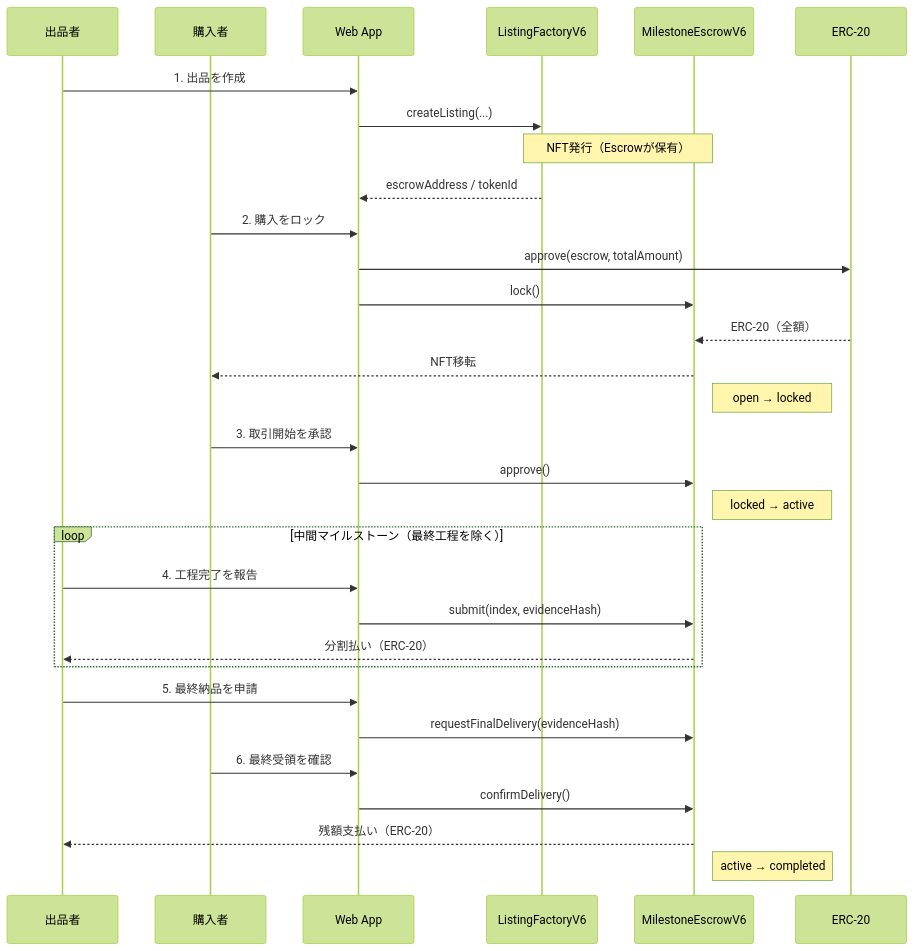
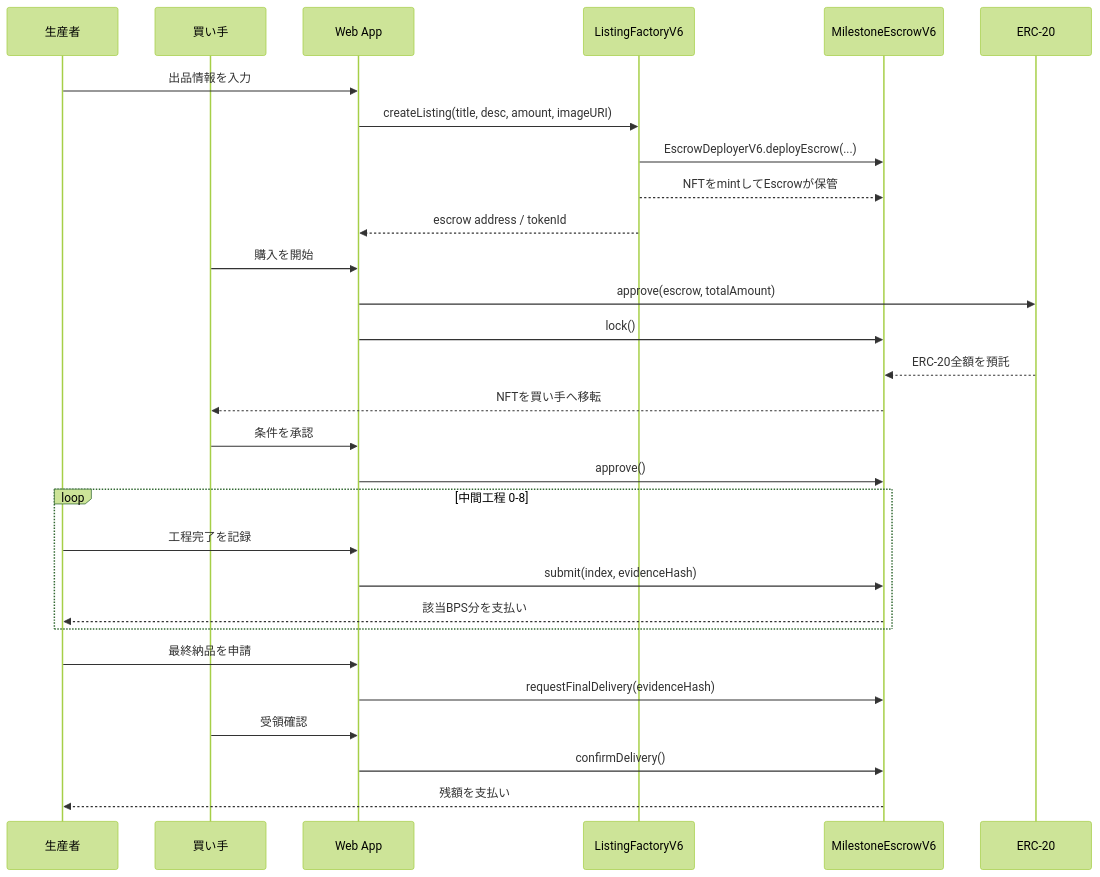
Before and after one commit to usagi917/PalPay: the second of 4 diagrams in README.md, drawn with Mermaid (forest theme). The commit also changed other lines of this file and 6 other files, not shown here.

````diff
--- a/README.md
+++ b/README.md
@@ -22,38 +58,36 @@
 ```mermaid
 sequenceDiagram
-    participant S as 出品者
-    participant B as 購入者
+    participant S as 生産者
+    participant B as 買い手
     participant W as Web App
     participant F as ListingFactoryV6
     participant E as MilestoneEscrowV6
     participant T as ERC-20
 
-    S->>W: 1. 出品を作成
-    W->>F: createListing(...)
-    Note over F,E: NFT発行（Escrowが保有）
-    F-->>W: escrowAddress / tokenId
+    S->>W: 出品情報を入力
+    W->>F: createListing(title, desc, amount, imageURI)
+    F->>E: EscrowDeployerV6.deployEscrow(...)
+    F-->>E: NFTをmintしてEscrowが保管
+    F-->>W: escrow address / tokenId
 
-    B->>W: 2. 購入をロック
+    B->>W: 購入を開始
     W->>T: approve(escrow, totalAmount)
     W->>E: lock()
-    T-->>E: ERC-20（全額）
-    E-->>B: NFT移転
-    Note right of E: open → locked
+    T-->>E: ERC-20全額を預託
+    E-->>B: NFTを買い手へ移転
 
-    B->>W: 3. 取引開始を承認
+    B->>W: 条件を承認
     W->>E: approve()
-    Note right of E: locked → active
 
-    loop 中間マイルストーン（最終工程を除く）
-        S->>W: 4. 工程完了を報告
+    loop 中間工程 0-8
+        S->>W: 工程完了を記録
         W->>E: submit(index, evidenceHash)
-        E-->>S: 分割払い（ERC-20）
+        E-->>S: 該当BPS分を支払い
     end
 
-    S->>W: 5. 最終納品を申請
+    S->>W: 最終納品を申請
     W->>E: requestFinalDelivery(evidenceHash)
-    B->>W: 6. 最終受領を確認
+    B->>W: 受領確認
     W->>E: confirmDelivery()
-    E-->>S: 残額支払い（ERC-20）
-    Note right of E: active → completed
+    E-->>S: 残額を支払い
 ```
````
